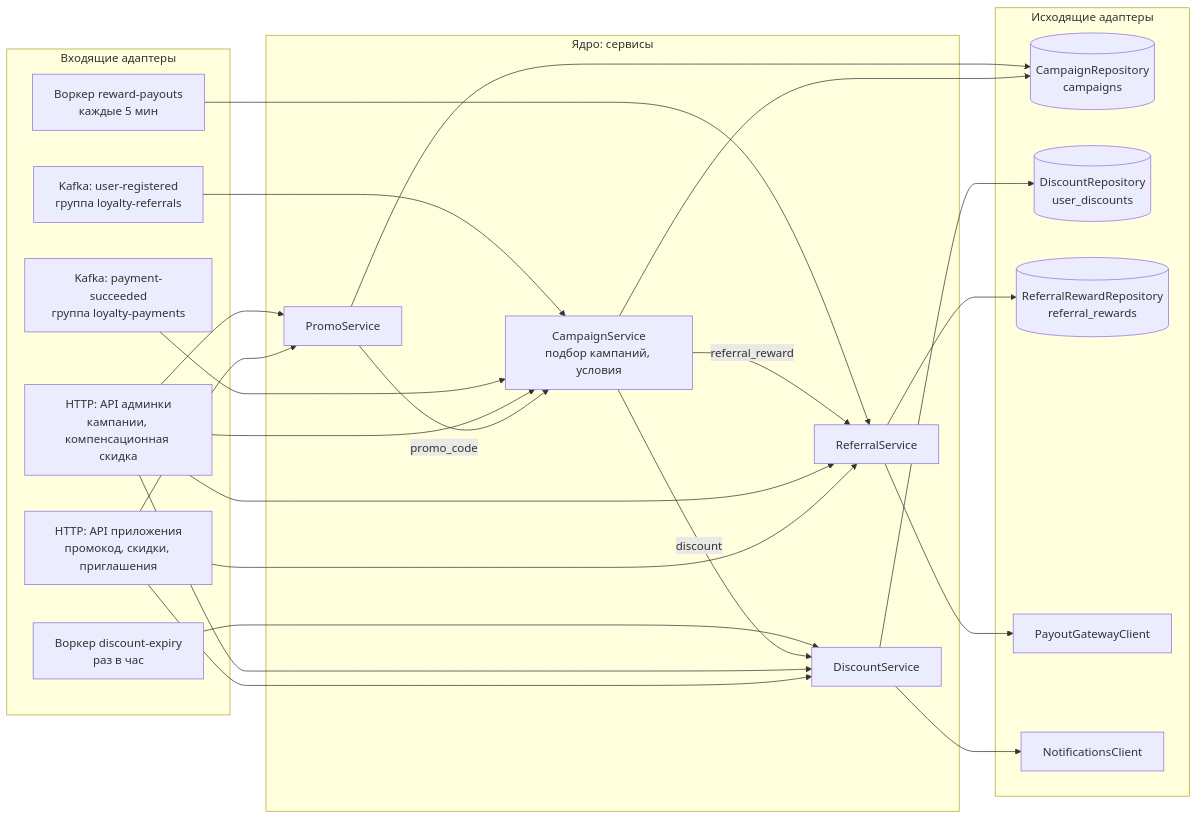
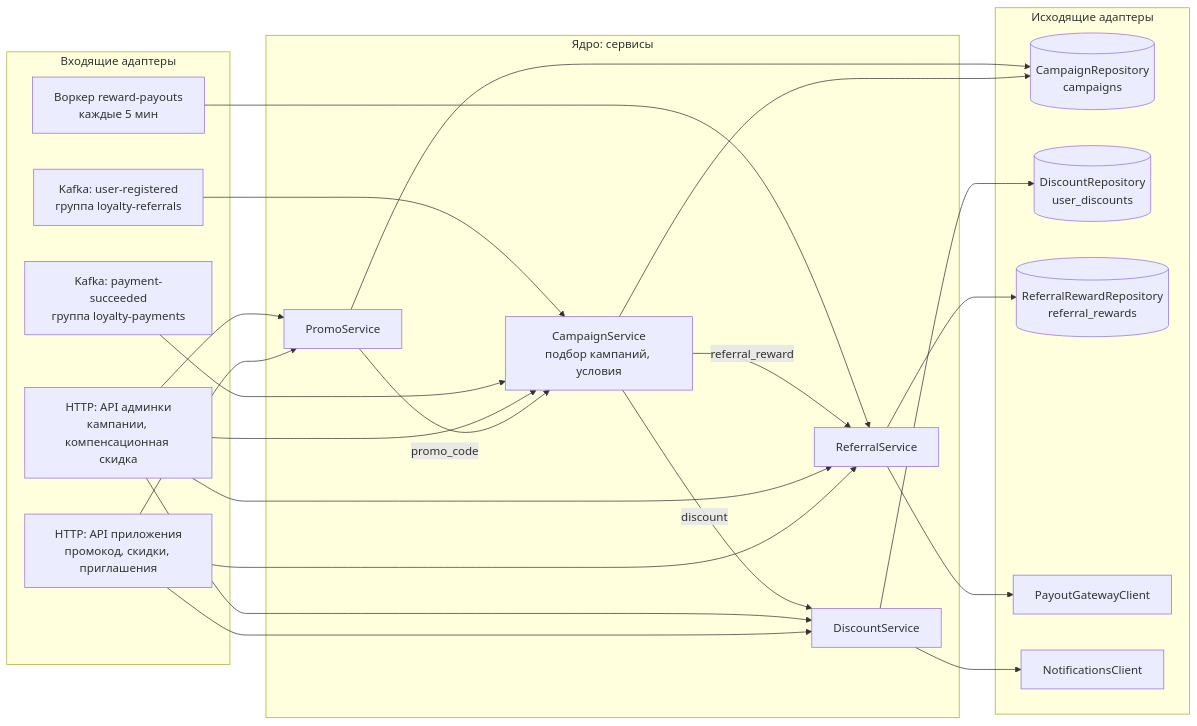
Before and after one commit to rusinikita/podlodka_loyalty_cases_example: the third of 4 diagrams in README.md, drawn with Mermaid. The commit also changed other lines of this file and 4 other files, not shown here.

Commit message:
Drop discount-expiry worker and unused limits, trim order-history spec

````diff
--- a/README.md
+++ b/README.md
@@ -93,43 +93,41 @@
 ```mermaid
 flowchart LR
   subgraph IN["Входящие адаптеры"]
     appApi["HTTP: API приложения<br/>промокод, скидки, приглашения"]
     adminApi["HTTP: API админки<br/>кампании, компенсационная скидка"]
     cPay["Kafka: payment-succeeded<br/>группа loyalty-payments"]
     cReg["Kafka: user-registered<br/>группа loyalty-referrals"]
     wPay["Воркер reward-payouts<br/>каждые 5 мин"]
-    wExp["Воркер discount-expiry<br/>раз в час"]
   end
 
   subgraph CORE["Ядро: сервисы"]
     promoSvc["PromoService"]
     campSvc["CampaignService<br/>подбор кампаний, условия"]
     discSvc["DiscountService"]
     rewSvc["ReferralService"]
   end
 
   subgraph OUT["Исходящие адаптеры"]
     campRepo[("CampaignRepository<br/>campaigns")]
     discRepo[("DiscountRepository<br/>user_discounts")]
     rewRepo[("ReferralRewardRepository<br/>referral_rewards")]
     payoutCl["PayoutGatewayClient"]
     notifCl["NotificationsClient"]
   end
 
   appApi --> promoSvc & discSvc & rewSvc
   promoSvc -->|promo_code| campSvc
   adminApi --> promoSvc & campSvc & discSvc & rewSvc
   cPay --> campSvc
   cReg --> campSvc
   campSvc -->|discount| discSvc
   campSvc -->|referral_reward| rewSvc
   wPay --> rewSvc
-  wExp --> discSvc
 
   campSvc --> campRepo
   promoSvc --> campRepo
   discSvc --> discRepo
   discSvc --> notifCl
   rewSvc --> rewRepo
   rewSvc --> payoutCl
 ```
````
